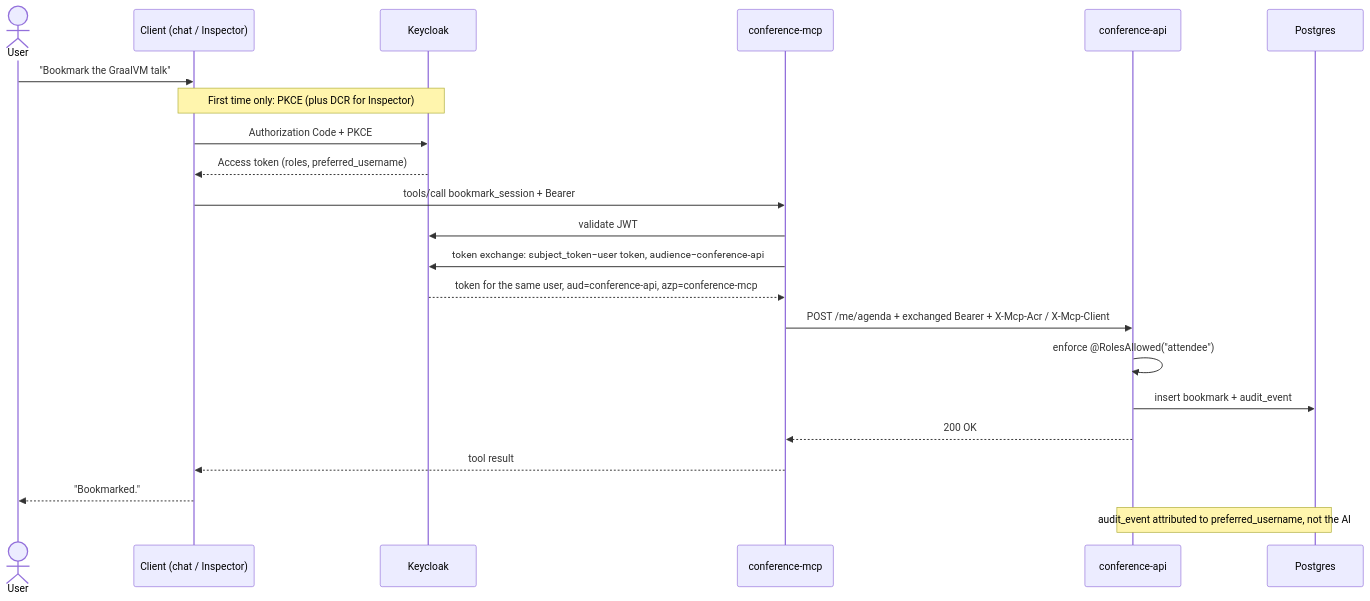
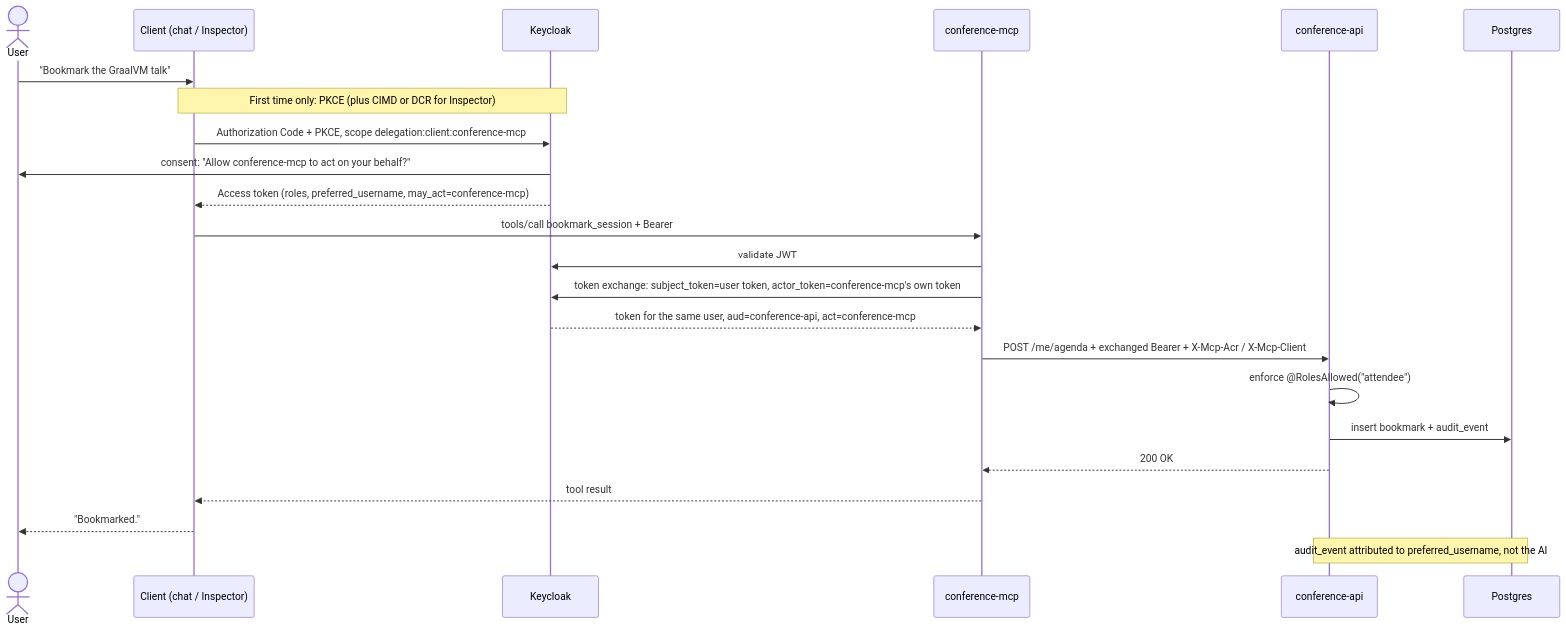
The second of 2 diagrams in README.md (wjglerum/quarkus-mcp-jfall-2026), drawn with Mermaid before and after one commit. The commit also changed other lines of this file and 25 other files, not shown here.

````diff
--- a/README.md
+++ b/README.md
@@ -52,25 +52,26 @@
 ```mermaid
 sequenceDiagram
   actor User
   participant C as Client (chat / Inspector)
   participant KC as Keycloak
   participant MCP as conference-mcp
   participant API as conference-api
   participant DB as Postgres
 
   User->>C: "Bookmark the GraalVM talk"
-  Note over C,KC: First time only: PKCE (plus DCR for Inspector)
-  C->>KC: Authorization Code + PKCE
-  KC-->>C: Access token (roles, preferred_username)
+  Note over C,KC: First time only: PKCE (plus CIMD or DCR for Inspector)
+  C->>KC: Authorization Code + PKCE, scope delegation:client:conference-mcp
+  KC->>User: consent: "Allow conference-mcp to act on your behalf?"
+  KC-->>C: Access token (roles, preferred_username, may_act=conference-mcp)
   C->>MCP: tools/call bookmark_session + Bearer
   MCP->>KC: validate JWT
-  MCP->>KC: token exchange: subject_token=user token, audience=conference-api
-  KC-->>MCP: token for the same user, aud=conference-api, azp=conference-mcp
+  MCP->>KC: token exchange: subject_token=user token, actor_token=conference-mcp's own token
+  KC-->>MCP: token for the same user, aud=conference-api, act=conference-mcp
   MCP->>API: POST /me/agenda + exchanged Bearer + X-Mcp-Acr / X-Mcp-Client
   API->>API: enforce @RolesAllowed("attendee")
   API->>DB: insert bookmark + audit_event
   API-->>MCP: 200 OK
   MCP-->>C: tool result
   C-->>User: "Bookmarked."
   Note over API,DB: audit_event attributed to preferred_username, not the AI
 ```
````
